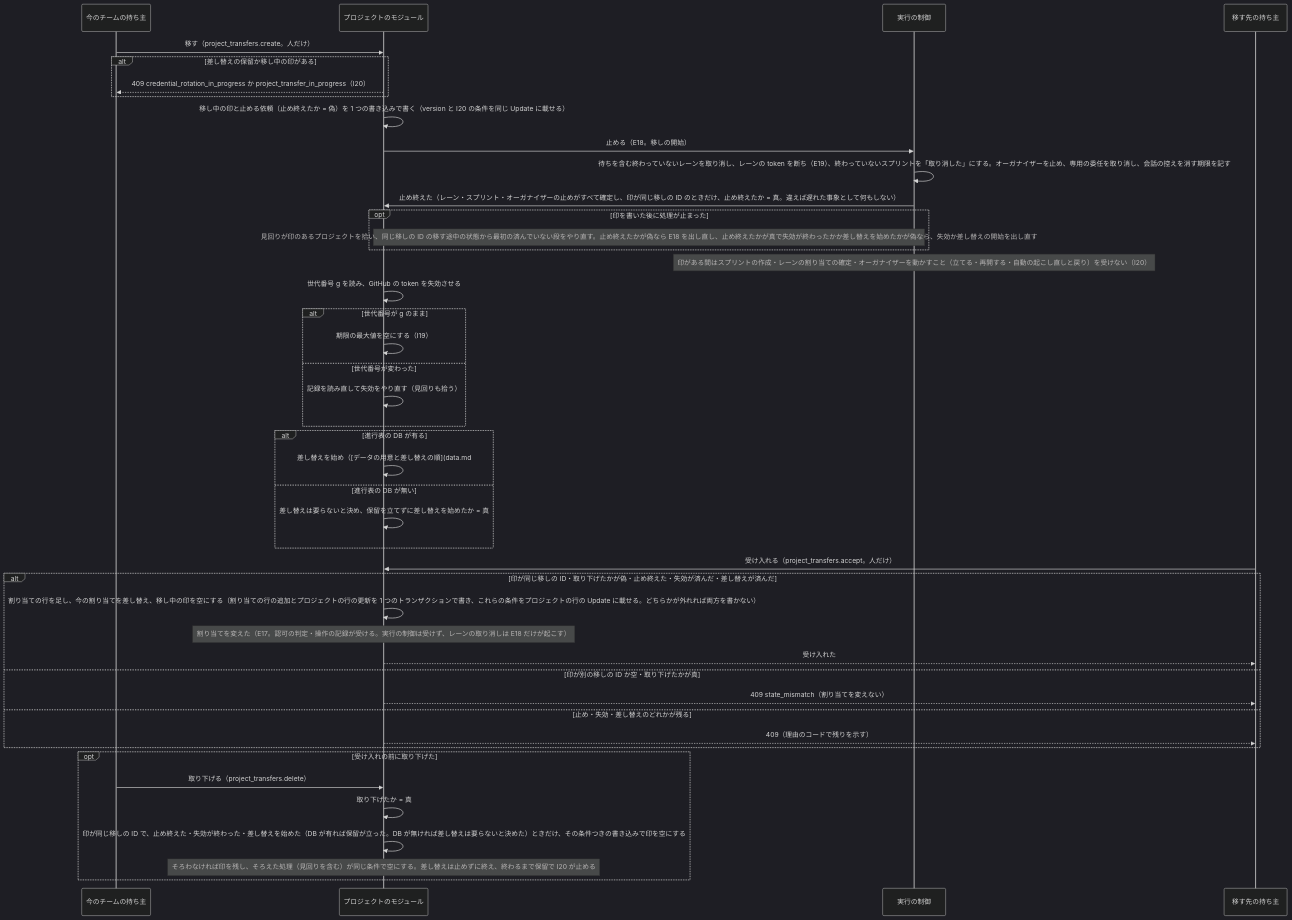
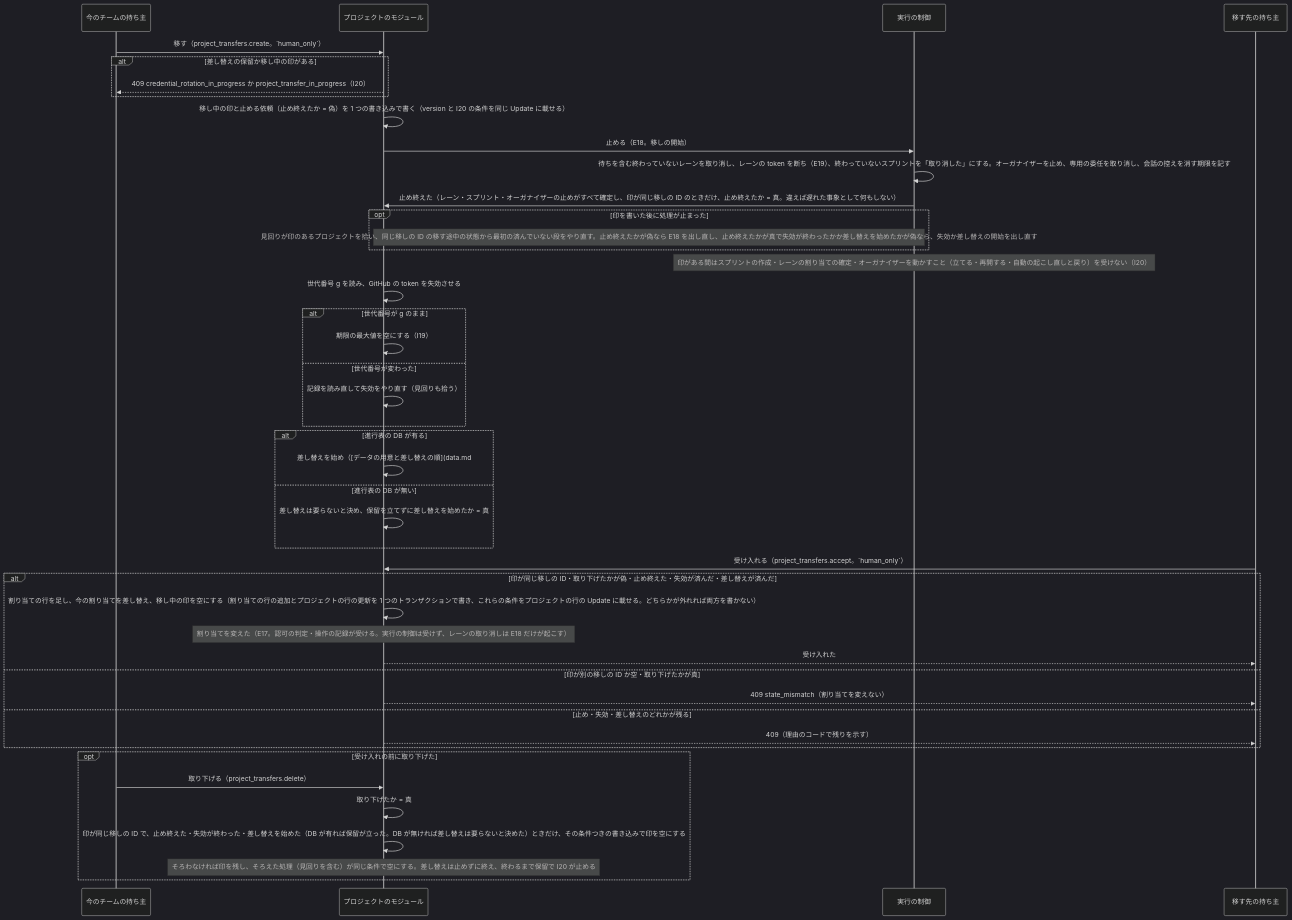
The diagram in docs/design/overview.md (devbasex/nd-factory), drawn with Mermaid (dark theme) before and after one commit. The commit also changed other lines of this file and 10 other files, not shown here.

First line of the commit message:
Docs: 「人だけ」を human_only と呼び、起票の依頼を human_only から外し、irreversible・cost・legal・足した区分・知らない区分をプロジェクトの設定（既定は human_only）にする（利用者の決定）

````diff
--- a/docs/design/overview.md
+++ b/docs/design/overview.md
@@ -269,46 +269,46 @@
 ```mermaid
 sequenceDiagram
     participant O as 今のチームの持ち主
     participant P as プロジェクトのモジュール
     participant X as 実行の制御
     participant T as 移す先の持ち主
-    O->>P: 移す（project_transfers.create。人だけ）
+    O->>P: 移す（project_transfers.create。`human_only`）
     alt 差し替えの保留か移し中の印がある
         P-->>O: 409 credential_rotation_in_progress か project_transfer_in_progress（I20）
     end
     P->>P: 移し中の印と止める依頼（止め終えたか = 偽）を 1 つの書き込みで書く（version と I20 の条件を同じ Update に載せる）
     P->>X: 止める（E18。移しの開始）
     X->>X: 待ちを含む終わっていないレーンを取り消し、レーンの token を断ち（E19）、終わっていないスプリントを「取り消した」にする。オーガナイザーを止め、専用の委任を取り消し、会話の控えを消す期限を記す
     X->>P: 止め終えた（レーン・スプリント・オーガナイザーの止めがすべて確定し、印が同じ移しの ID のときだけ、止め終えたか = 真。違えば遅れた事象として何もしない）
     opt 印を書いた後に処理が止まった
         Note over P,X: 見回りが印のあるプロジェクトを拾い、同じ移しの ID の移す途中の状態から最初の済んでいない段をやり直す。止め終えたかが偽なら E18 を出し直し、止め終えたかが真で失効が終わったかか差し替えを始めたかが偽なら、失効か差し替えの開始を出し直す
     end
     Note over X: 印がある間はスプリントの作成・レーンの割り当ての確定・オーガナイザーを動かすこと（立てる・再開する・自動の起こし直しと戻り）を受けない（I20）
     P->>P: 世代番号 g を読み、GitHub の token を失効させる
     alt 世代番号が g のまま
         P->>P: 期限の最大値を空にする（I19）
     else 世代番号が変わった
         P->>P: 記録を読み直して失効をやり直す（見回りも拾う）
     end
     alt 進行表の DB が有る
         P->>P: 差し替えを始め（[データの用意と差し替えの順](data.md#用意と差し替えの順)。保留を立てる）、同じ書き込みで差し替えを始めたか = 真
     else 進行表の DB が無い
         P->>P: 差し替えは要らないと決め、保留を立てずに差し替えを始めたか = 真
     end
-    T->>P: 受け入れる（project_transfers.accept。人だけ）
+    T->>P: 受け入れる（project_transfers.accept。`human_only`）
     alt 印が同じ移しの ID・取り下げたかが偽・止め終えた・失効が済んだ・差し替えが済んだ
         P->>P: 割り当ての行を足し、今の割り当てを差し替え、移し中の印を空にする（割り当ての行の追加とプロジェクトの行の更新を 1 つのトランザクションで書き、これらの条件をプロジェクトの行の Update に載せる。どちらかが外れれば両方を書かない）
         Note over P: 割り当てを変えた（E17。認可の判定・操作の記録が受ける。実行の制御は受けず、レーンの取り消しは E18 だけが起こす）
         P-->>T: 受け入れた
     else 印が別の移しの ID か空・取り下げたかが真
         P-->>T: 409 state_mismatch（割り当てを変えない）
     else 止め・失効・差し替えのどれかが残る
         P-->>T: 409（理由のコードで残りを示す）
     end
     opt 受け入れの前に取り下げた
         O->>P: 取り下げる（project_transfers.delete）
         P->>P: 取り下げたか = 真
         P->>P: 印が同じ移しの ID で、止め終えた・失効が終わった・差し替えを始めた（DB が有れば保留が立った。DB が無ければ差し替えは要らないと決めた）ときだけ、その条件つきの書き込みで印を空にする
         Note over P: そろわなければ印を残し、そろえた処理（見回りを含む）が同じ条件で空にする。差し替えは止めずに終え、終わるまで保留で I20 が止める
     end
 ```
````
